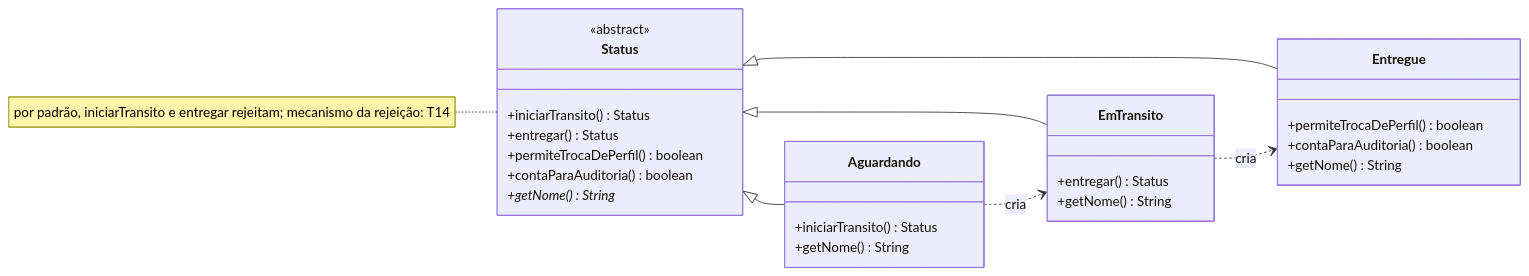
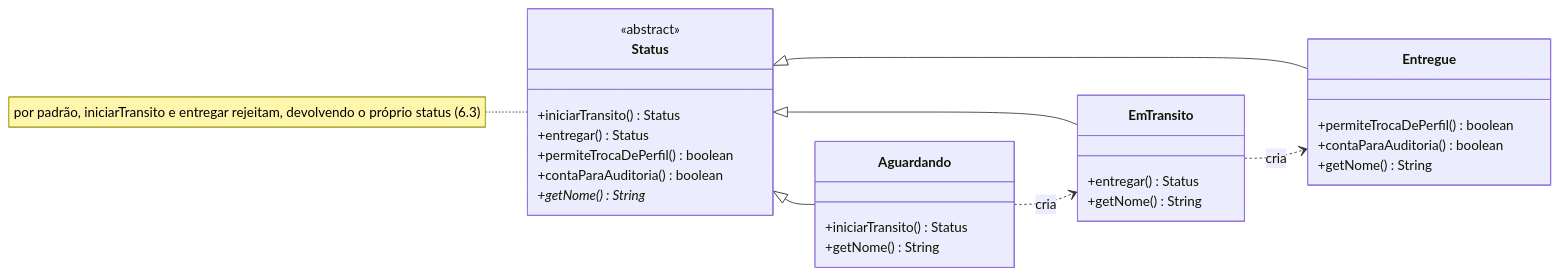
The fourth of 9 diagrams in docs/Documento_de_Projeto.md (lilianeperim-ifsp/Projeto_Final_INOO), drawn with Mermaid before and after one commit. The commit also changed other lines of this file, not shown here.

First line of the commit message:
T14: seção 6.3, mudança de status e avisos

````diff
--- a/docs/Documento_de_Projeto.md
+++ b/docs/Documento_de_Projeto.md
@@ -720,33 +722,33 @@
 ```mermaid
 classDiagram
     direction LR
     class Status {
         <<abstract>>
         +iniciarTransito() Status
         +entregar() Status
         +permiteTrocaDePerfil() boolean
         +contaParaAuditoria() boolean
         +getNome() String*
     }
     class Aguardando {
         +iniciarTransito() Status
         +getNome() String
     }
     class EmTransito {
         +entregar() Status
         +getNome() String
     }
     class Entregue {
         +permiteTrocaDePerfil() boolean
         +contaParaAuditoria() boolean
         +getNome() String
     }
 
     Status <|-- Aguardando
     Status <|-- EmTransito
     Status <|-- Entregue
     Aguardando ..> EmTransito : cria
     EmTransito ..> Entregue : cria
 
-    note for Status "por padrão, iniciarTransito e entregar rejeitam; mecanismo da rejeição: T14"
+    note for Status "por padrão, iniciarTransito e entregar rejeitam, devolvendo o próprio status (6.3)"
 ```
````
